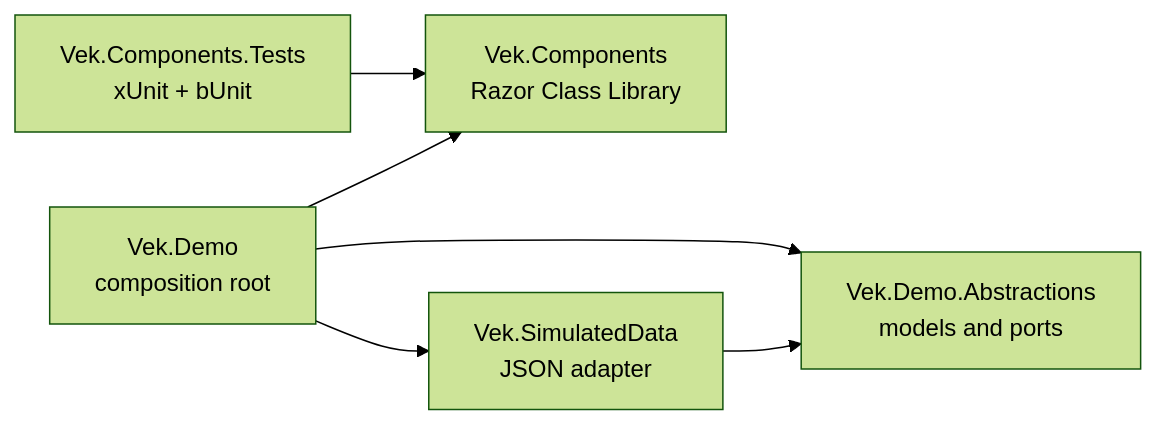
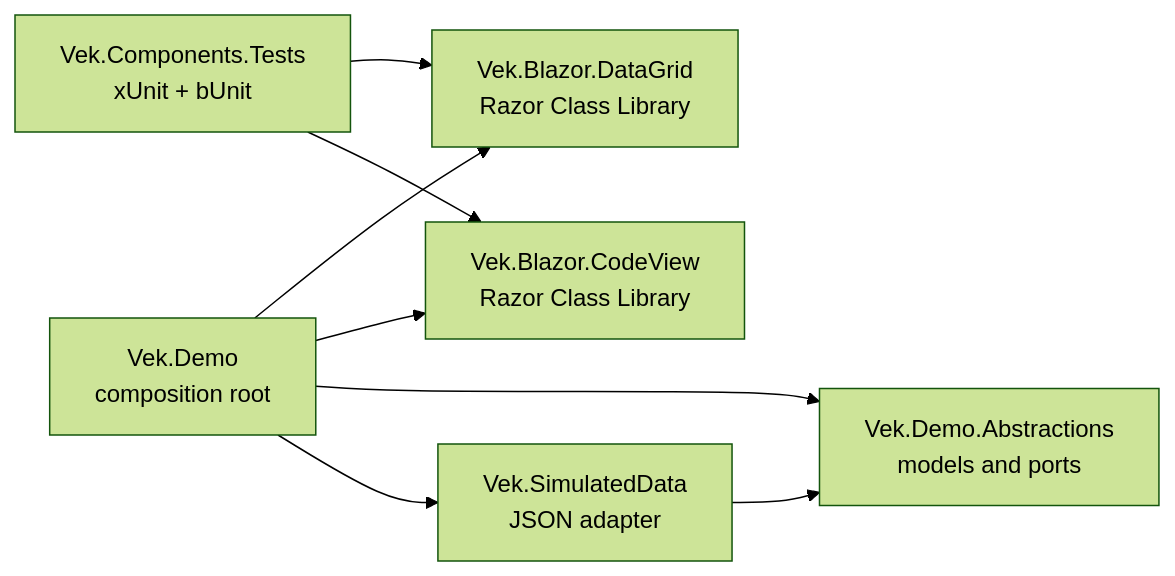
One commit to madiseh/Vek changed the diagram in docs/1.governance/architecture.md. Above: the diagram before and after it, drawn with Mermaid (forest theme). The commit also changed other lines of this file and 42 other files, not shown here.

Commit message:
build(components): split Blazor packages by feature

````diff
--- a/docs/1.governance/architecture.md
+++ b/docs/1.governance/architecture.md
@@ -17,14 +18,17 @@
 ```mermaid
 flowchart LR
     Demo[Vek.Demo<br/>composition root]
-    Components[Vek.Components<br/>Razor Class Library]
+    DataGrid[Vek.Blazor.DataGrid<br/>Razor Class Library]
+    CodeView[Vek.Blazor.CodeView<br/>Razor Class Library]
     Ports[Vek.Demo.Abstractions<br/>models and ports]
     SimData[Vek.SimulatedData<br/>JSON adapter]
     Tests[Vek.Components.Tests<br/>xUnit + bUnit]
 
-    Demo --> Components
+    Demo --> DataGrid
+    Demo --> CodeView
     Demo --> Ports
     Demo --> SimData
     SimData --> Ports
-    Tests --> Components
+    Tests --> DataGrid
+    Tests --> CodeView
 ```
````
